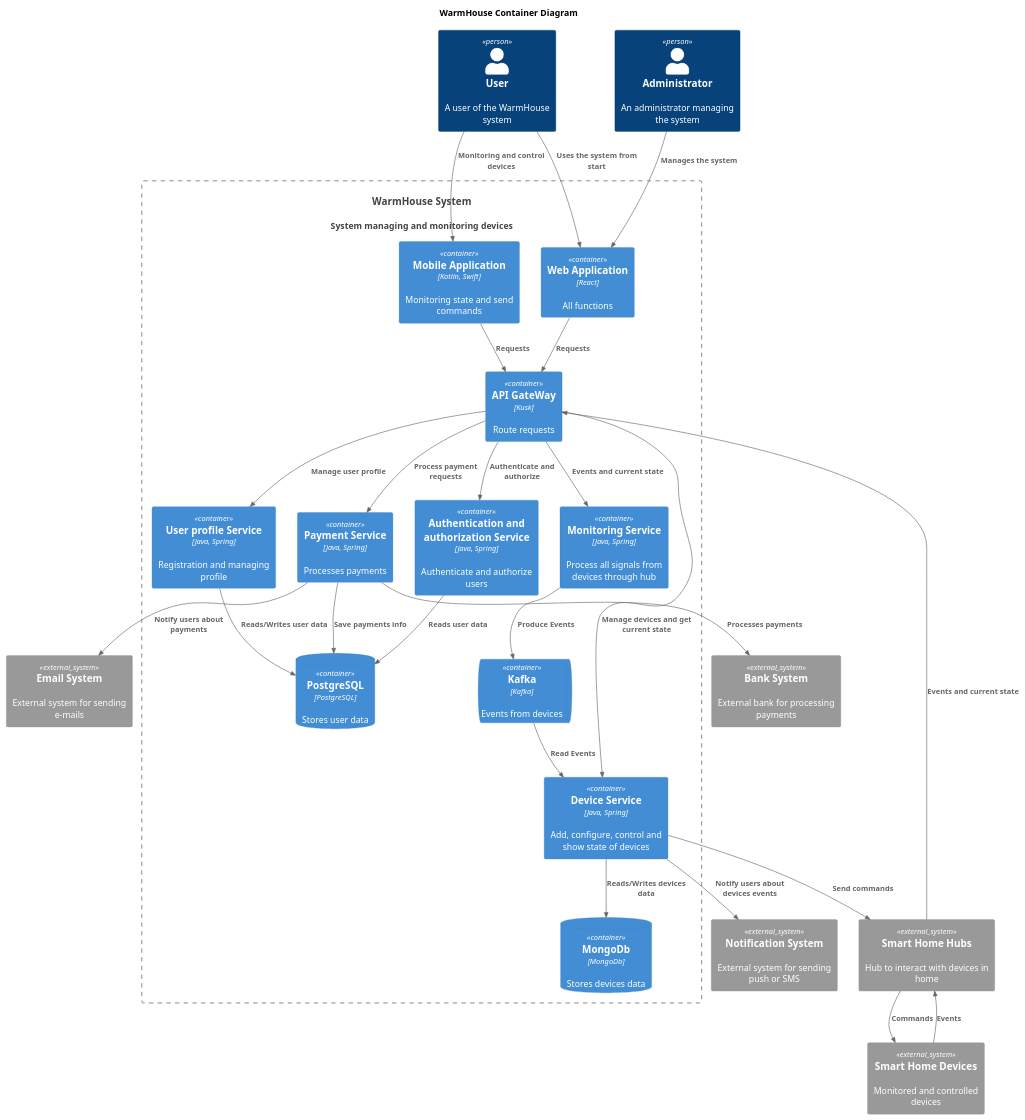
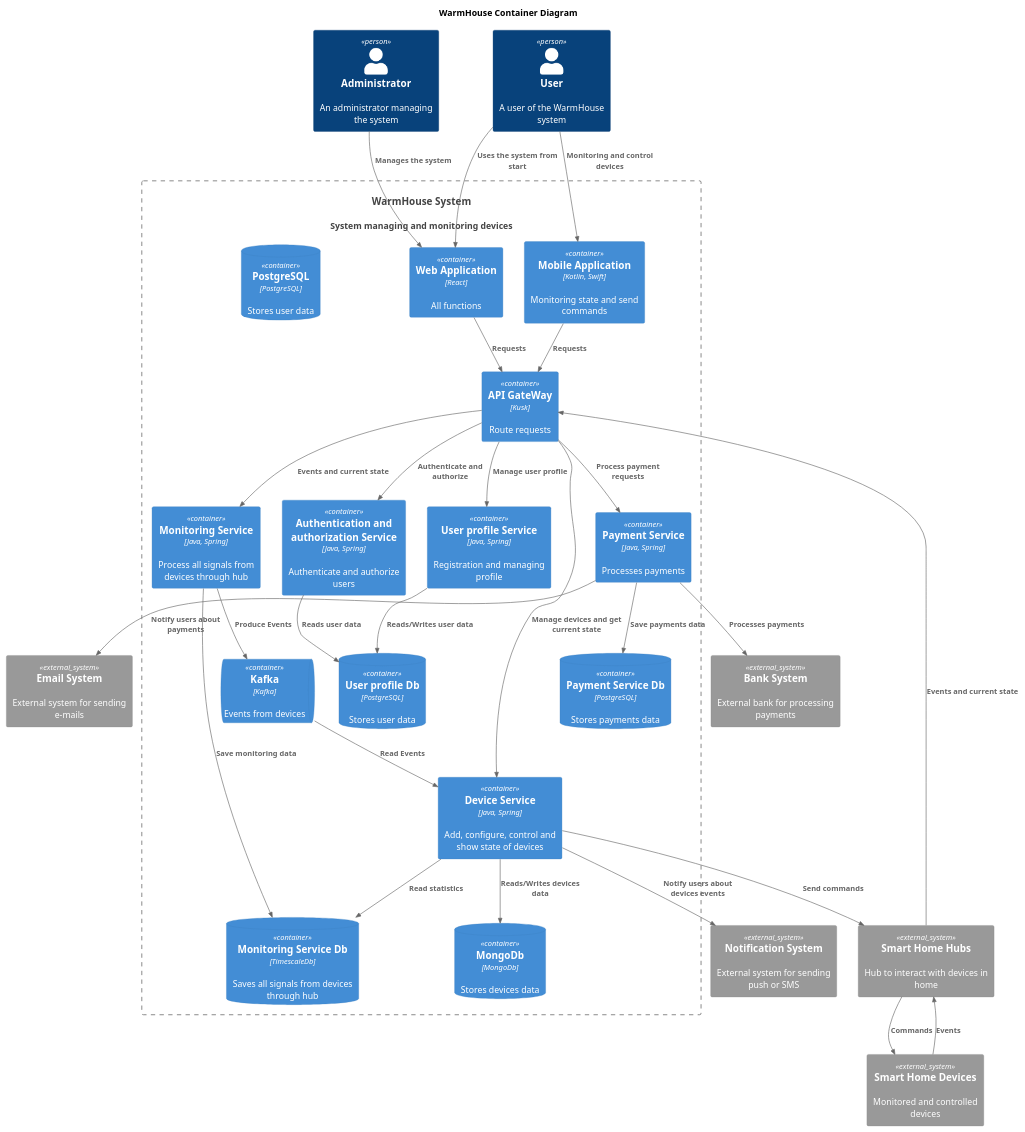
Before and after one commit to xromatron/yap-architecture-sprint-3: the diagram in smart-home-monolith/diagrams/container/Container.puml, drawn with PlantUML. The commit also changed 2 other files, not shown here.

```diff
--- a/smart-home-monolith/diagrams/container/Container.puml
+++ b/smart-home-monolith/diagrams/container/Container.puml
@@ -1,61 +1,66 @@
 @startuml
 title WarmHouse Container Diagram
 
 top to bottom direction
 
 !includeurl ../templates/C4_Component.puml
 
 Person(user, "User", "A user of the WarmHouse system")
 Person(admin, "Administrator", "An administrator managing the system")
 System(WarmHouseSystem, "WarmHouse System", "System managing and monitoring devices")
 
 Container_Boundary(WarmHouseSystem, "WarmHouse System") {
   Container(WebApp, "Web Application", "React", "All functions")
   Container(MobileApp, "Mobile Application", "Kotlin, Swift", "Monitoring state and send commands")
   Container(ApiGateWay, "API GateWay", "Kusk", "Route requests")
   Container(AuthService, "Authentication and authorization Service", "Java, Spring", "Authenticate and authorize users")
   Container(UserProfileService, "User profile Service", "Java, Spring", "Registration and managing profile")
+  ContainerDb(UserProfileDb, "User profile Db", "PostgreSQL", "Stores user data")
   Container(DeviceService, "Device Service", "Java, Spring", "Add, configure, control and show state of devices")
   Container(MonitoringService, "Monitoring Service", "Java, Spring", "Process all signals from devices through hub")
+  ContainerDb(MonitoringServiceDb, "Monitoring Service Db", "TimescaleDb", "Saves all signals from devices through hub")
   Container(PaymentService, "Payment Service", "Java, Spring", "Processes payments")
+  ContainerDb(PaymentServiceDb, "Payment Service Db", "PostgreSQL", "Stores payments data")
   ContainerDb(PostgreSQL, "PostgreSQL", "PostgreSQL", "Stores user data")
   ContainerDb(MongoDb, "MongoDb", "MongoDb", "Stores devices data")
   ContainerQueue(Kafka, "Kafka", "Kafka", "Events from devices")
 }
 
 System_Ext(devices, "Smart Home Devices", "Monitored and controlled devices")
 System_Ext(hubs, "Smart Home Hubs", "Hub to interact with devices in home")
 System_Ext(bank, "Bank System", "External bank for processing payments")
 System_Ext(email, "Email System", "External system for sending e-mails")
 System_Ext(push_and_sms, "Notification System", "External system for sending push or SMS")
 
 Rel(user, WebApp, "Uses the system from start")
 Rel(user, MobileApp, "Monitoring and control devices")
 Rel(admin, WebApp, "Manages the system")
 Rel(WebApp, ApiGateWay, "Requests")
 Rel(MobileApp, ApiGateWay, "Requests")
 
 Rel(ApiGateWay, AuthService, "Authenticate and authorize")
 Rel(ApiGateWay, UserProfileService, "Manage user profile")
 Rel(ApiGateWay, DeviceService, "Manage devices and get current state")
 Rel(ApiGateWay, PaymentService, "Process payment requests")
 Rel(hubs, ApiGateWay, "Events and current state")
 Rel(ApiGateWay, MonitoringService, "Events and current state")
 
 Rel(PaymentService, bank, "Processes payments")
 Rel(PaymentService, email, "Notify users about payments")
-Rel(PaymentService, PostgreSQL, "Save payments info")
+Rel(PaymentService, PaymentServiceDb, "Save payments data")
 
 Rel(MonitoringService, Kafka, "Produce Events")
+Rel(MonitoringService, MonitoringServiceDb, "Save monitoring data")
 
 Rel(DeviceService, MongoDb, "Reads/Writes devices data")
+Rel(DeviceService, MonitoringServiceDb, "Read statistics")
 Rel(Kafka, DeviceService, "Read Events")
 Rel(DeviceService, push_and_sms, "Notify users about devices events")
 Rel(DeviceService, hubs, "Send commands")
 
 Rel(hubs, devices, "Commands")
 Rel_U(devices, hubs, "Events")
 
-Rel(AuthService, PostgreSQL, "Reads user data")
-Rel(UserProfileService, PostgreSQL, "Reads/Writes user data")
+Rel(AuthService, UserProfileDb, "Reads user data")
+Rel(UserProfileService, UserProfileDb, "Reads/Writes user data")
 @enduml
```
